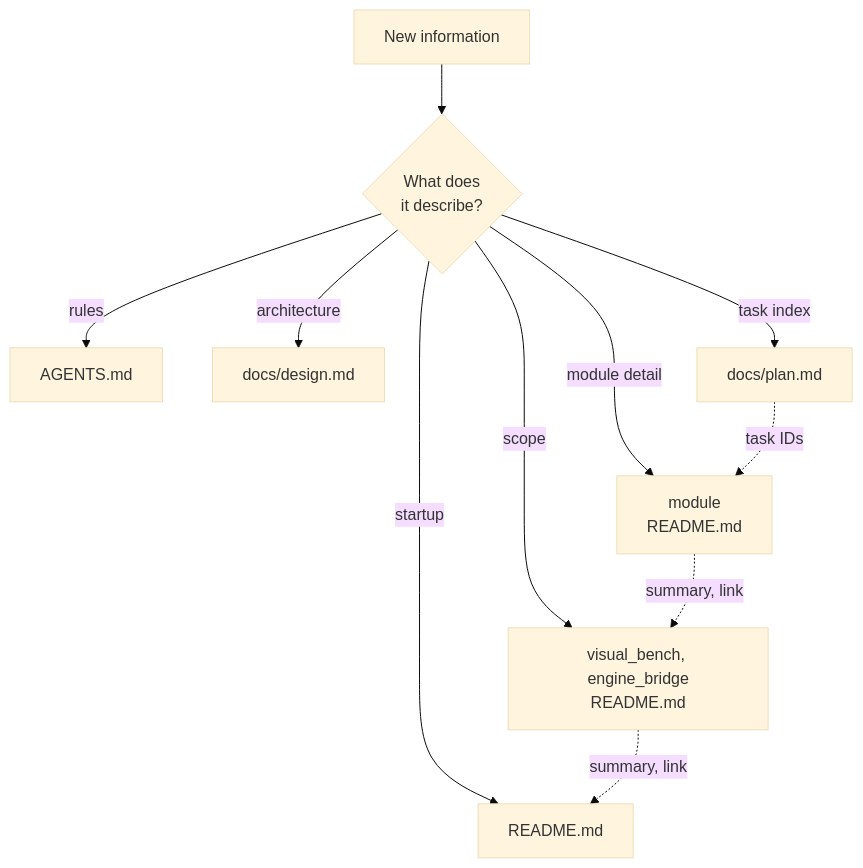
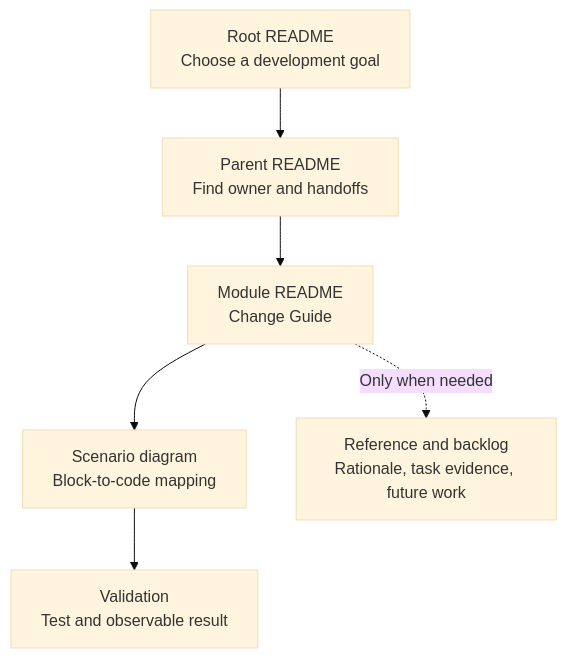
Before and after one commit to SVF-tools/ACT-GUI: the diagram in docs/README.md, drawn with Mermaid (base theme). The commit also changed other lines of this file and 20 other files, not shown here.

Commit message:
reorganize scope docs around development goals and end-to-end change paths

````diff
--- a/docs/README.md
+++ b/docs/README.md
@@ -46,13 +23,9 @@
 ```mermaid
 flowchart TB
-  In["New information"] --> Kind{"What does<br/>it describe?"}
-  Kind -- "startup" --> Root["README.md"]
-  Kind -- "rules" --> Agents["AGENTS.md"]
-  Kind -- "architecture" --> Design["docs/design.md"]
-  Kind -- "task index" --> Plan["docs/plan.md"]
-  Kind -- "scope" --> Parent["visual_bench, engine_bridge<br/>README.md"]
-  Kind -- "module detail" --> Module["module<br/>README.md"]
-  Module -. "summary, link" .-> Parent
-  Parent -. "summary, link" .-> Root
-  Plan -. "task IDs" .-> Module
+  Goal["Root README<br/>Choose a development goal"] --> Scope["Parent README<br/>Find owner and handoffs"]
+  Scope --> Module["Module README<br/>Change Guide"]
+  Module --> Path["Scenario diagram<br/>Block-to-code mapping"]
+  Path --> Check["Validation<br/>Test and observable result"]
+  Module -. "Only when needed" .-> Detail["Reference and backlog<br/>Rationale, task evidence, future work"]
+
 ```
````
